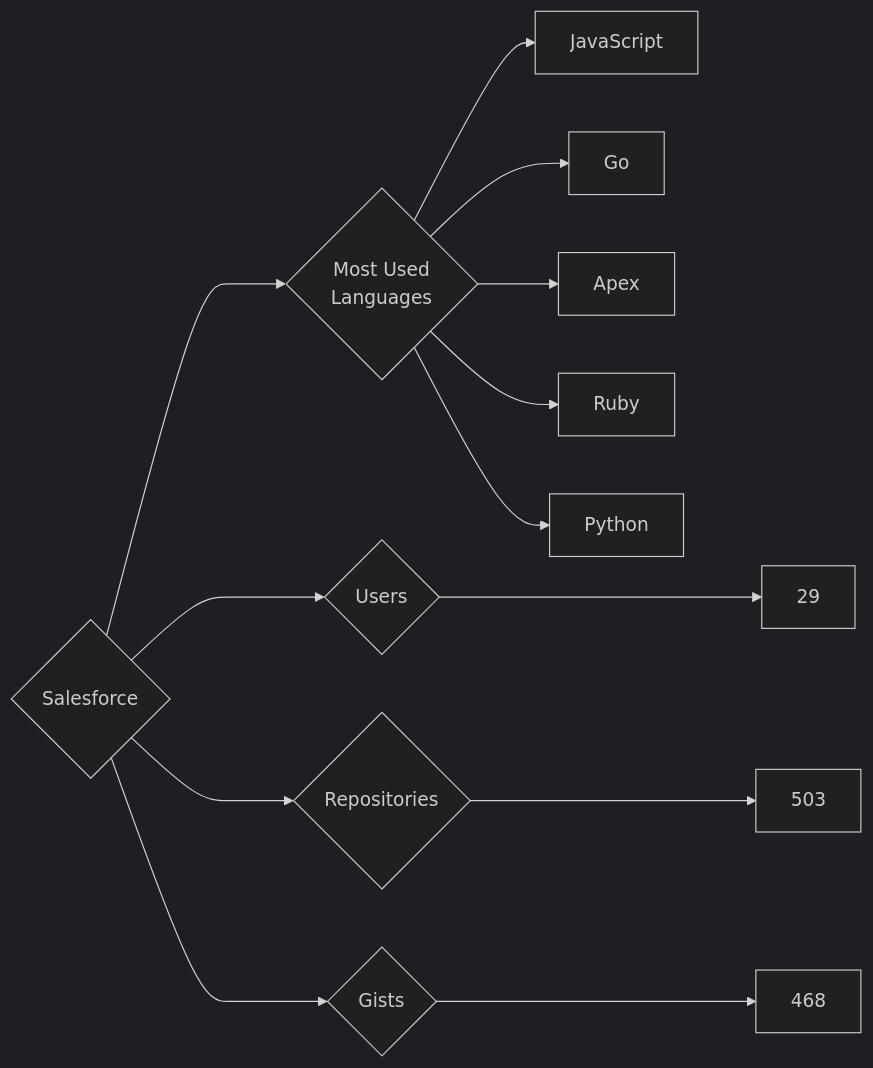
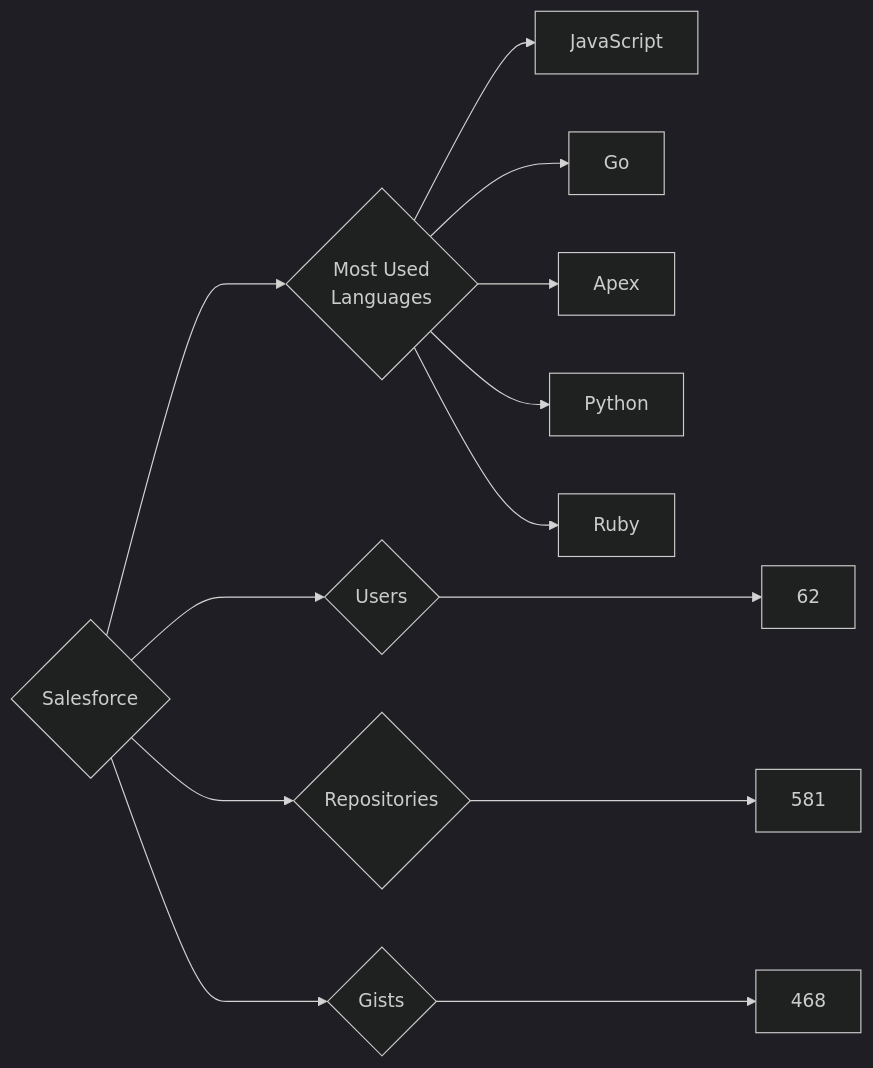
One commit to trickest/insiders changed the diagram in targets/Salesforce/README.md. Above: the diagram before and after it, drawn with Mermaid (dark theme). The commit also changed 681 other files, not shown here.

````diff
--- a/targets/Salesforce/README.md
+++ b/targets/Salesforce/README.md
@@ -3,13 +3,13 @@
 ```mermaid
 graph LR
 COMPANY_NAME{Salesforce}
-COMPANY_NAME ---> U{Users} ---> UN[29]
-COMPANY_NAME ---> R{Repositories} ---> RN[503]
+COMPANY_NAME ---> U{Users} ---> UN[62]
+COMPANY_NAME ---> R{Repositories} ---> RN[581]
 COMPANY_NAME ---> G{Gists} ---> GN[468]
 COMPANY_NAME ---> ML{Most Used<br>Languages}
 ML --> JavaScript[JavaScript]
 ML --> Go[Go]
 ML --> Apex[Apex]
+ML --> Python[Python]
 ML --> Ruby[Ruby]
-ML --> Python[Python]
 ```
````
